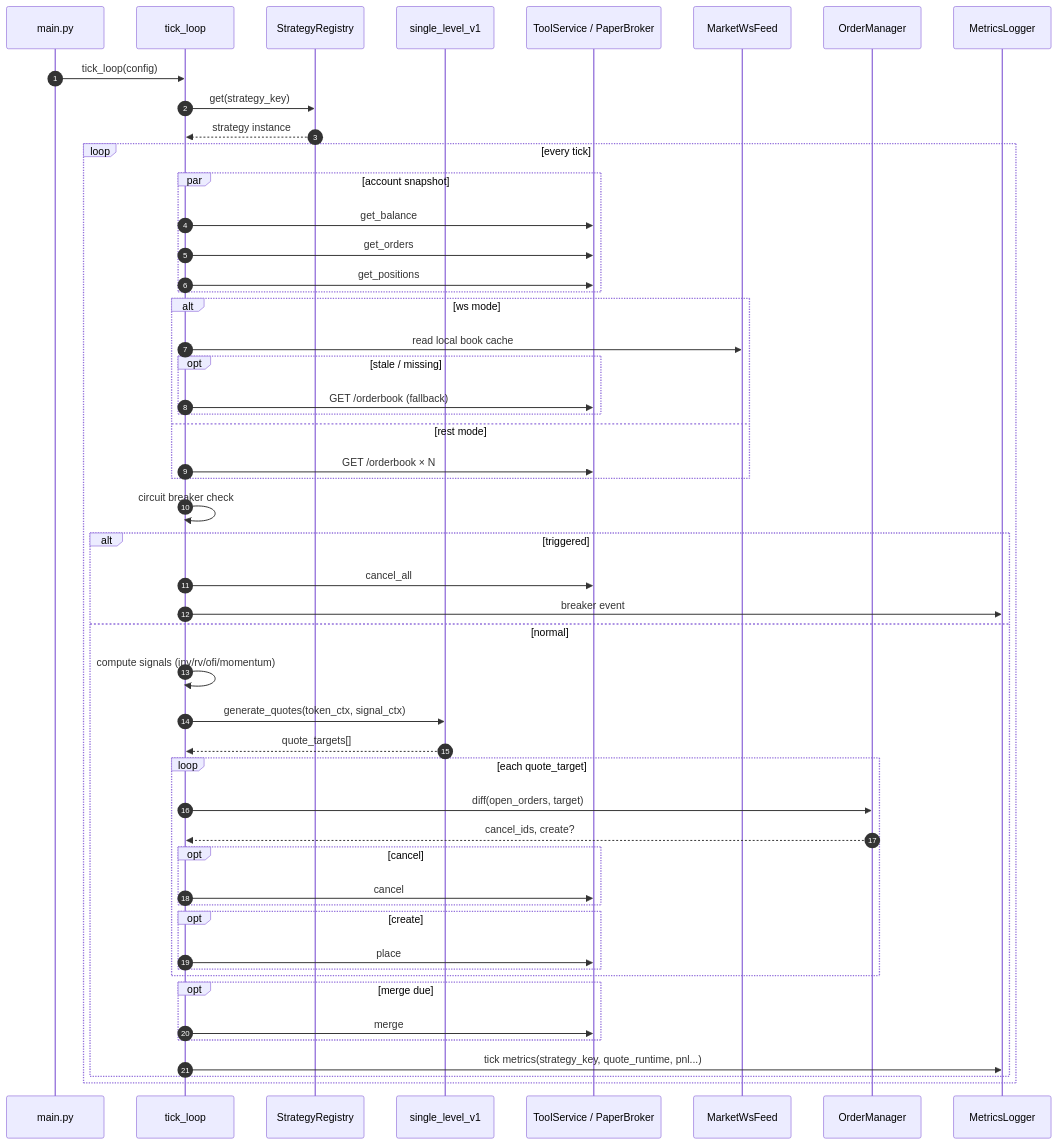
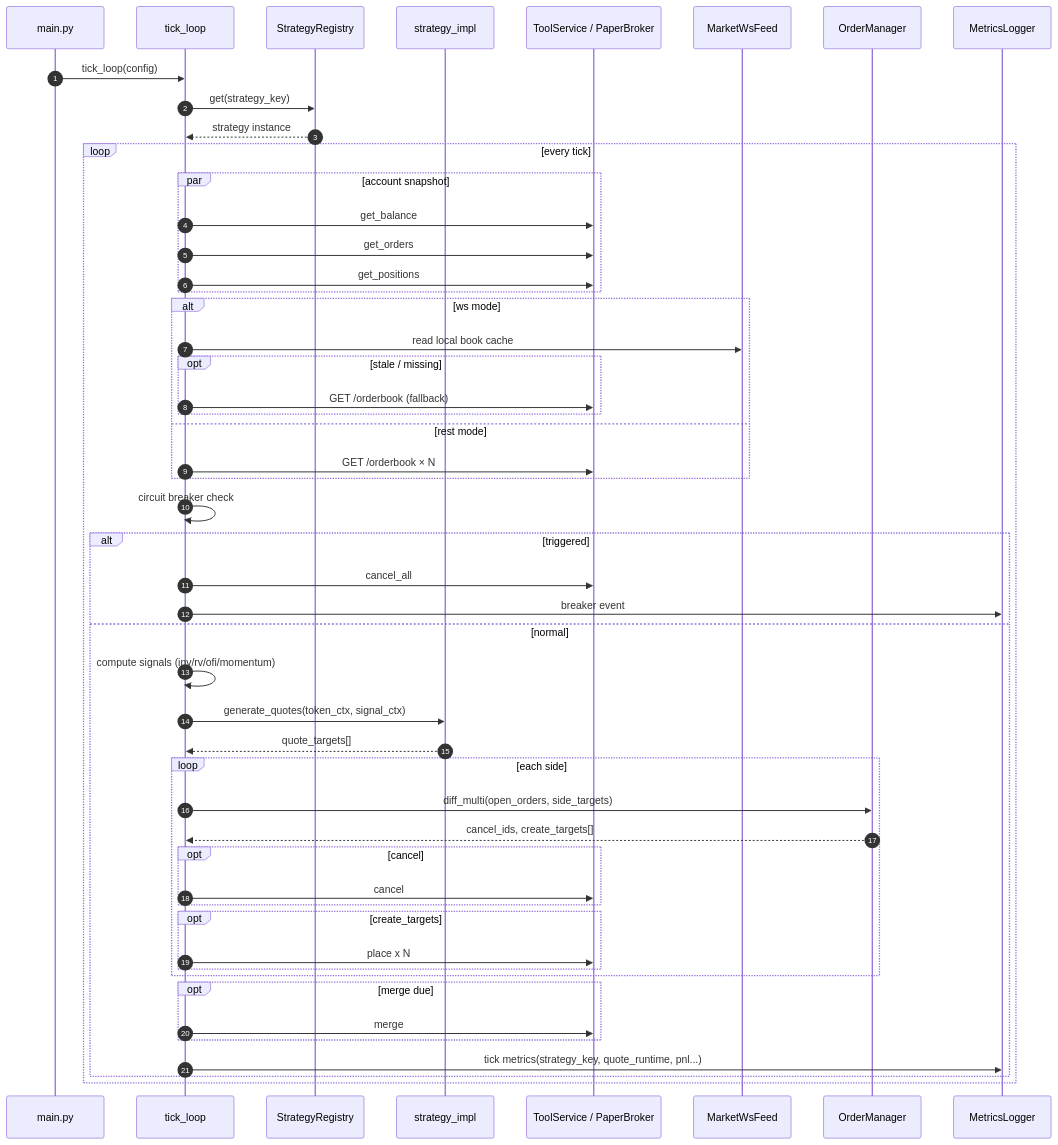
One commit to jiaruihz/pm_agents changed the diagram in pmm/docs/MAIN_FLOW.md. Above: the diagram before and after it, drawn with Mermaid. The commit also changed other lines of this file and 15 other files, not shown here.

Commit message:
Phase B/C: multi-level strategy, live recorder, scenario validation

````diff
--- a/pmm/docs/MAIN_FLOW.md
+++ b/pmm/docs/MAIN_FLOW.md
@@ -46,57 +48,57 @@
 ```mermaid
 sequenceDiagram
     autonumber
     participant Main as main.py
     participant Engine as tick_loop
     participant Registry as StrategyRegistry
-    participant Strat as single_level_v1
+    participant Strat as strategy_impl
     participant API as ToolService / PaperBroker
     participant WS as MarketWsFeed
     participant Diff as OrderManager
     participant Log as MetricsLogger
 
     Main->>Engine: tick_loop(config)
     Engine->>Registry: get(strategy_key)
     Registry-->>Engine: strategy instance
 
     loop every tick
         par account snapshot
             Engine->>API: get_balance
             Engine->>API: get_orders
             Engine->>API: get_positions
         end
 
         alt ws mode
             Engine->>WS: read local book cache
             opt stale / missing
                 Engine->>API: GET /orderbook (fallback)
             end
         else rest mode
             Engine->>API: GET /orderbook × N
         end
 
         Engine->>Engine: circuit breaker check
         alt triggered
             Engine->>API: cancel_all
             Engine->>Log: breaker event
         else normal
             Engine->>Engine: compute signals (inv/rv/ofi/momentum)
             Engine->>Strat: generate_quotes(token_ctx, signal_ctx)
             Strat-->>Engine: quote_targets[]
-            loop each quote_target
-                Engine->>Diff: diff(open_orders, target)
-                Diff-->>Engine: cancel_ids, create?
+            loop each side
+                Engine->>Diff: diff_multi(open_orders, side_targets)
+                Diff-->>Engine: cancel_ids, create_targets[]
                 opt cancel
                     Engine->>API: cancel
                 end
-                opt create
-                    Engine->>API: place
+                opt create_targets
+                    Engine->>API: place x N
                 end
             end
             opt merge due
                 Engine->>API: merge
             end
             Engine->>Log: tick metrics(strategy_key, quote_runtime, pnl...)
         end
     end
 ```
````
